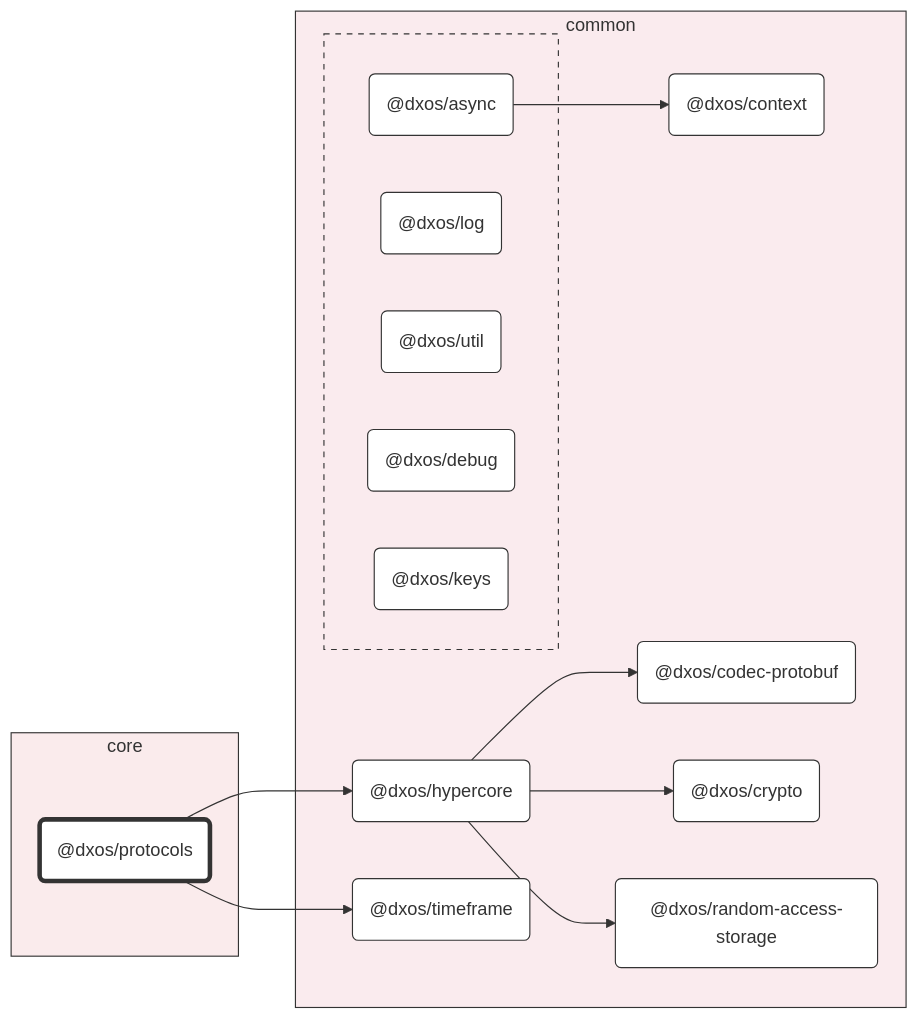
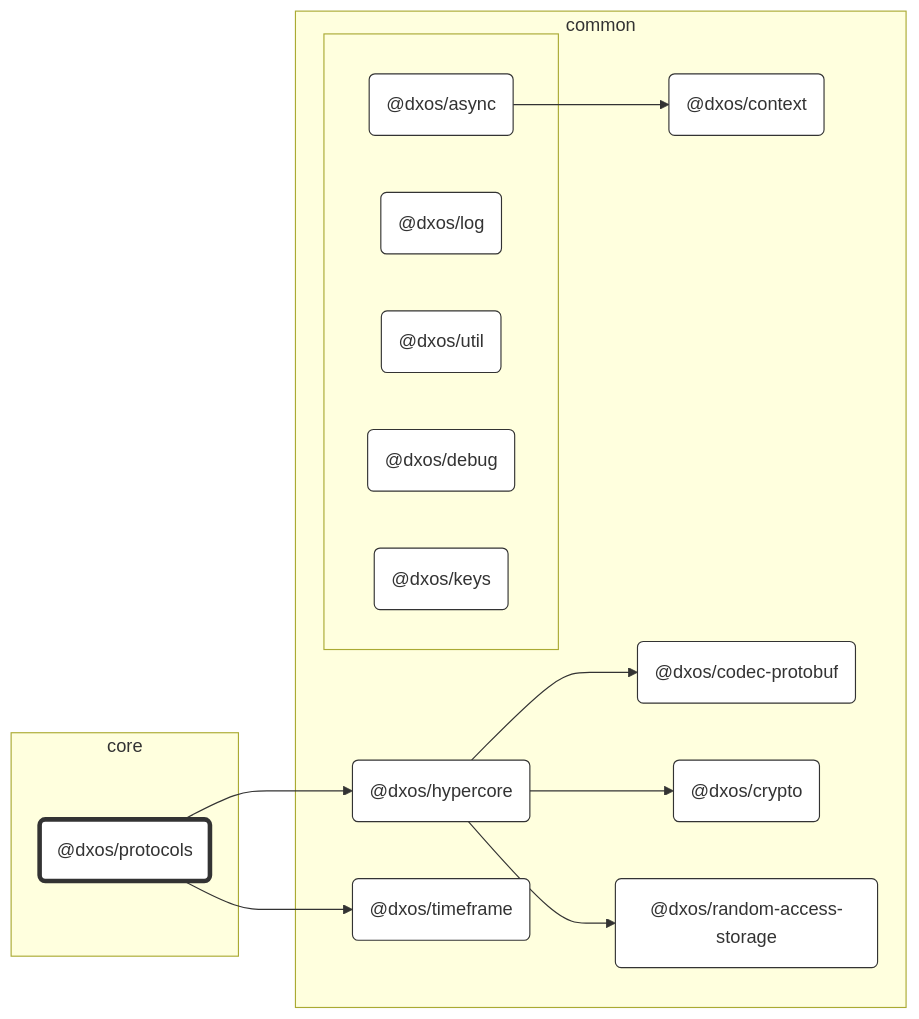
One commit to dxos/dxos changed the diagram in packages/core/protocols/docs/README.md. Above: the diagram before and after it, drawn with Mermaid. The commit also changed 80 other files, not shown here.

````diff
--- a/packages/core/protocols/docs/README.md
+++ b/packages/core/protocols/docs/README.md
@@ -7,56 +7,53 @@
 ```mermaid
 %%{ init: {'flowchart':{'curve':'basis'}} }%%
 
 flowchart LR
 
 %% Classes
 classDef def fill:#fff,stroke:#333,stroke-width:1px
 classDef root fill:#fff,stroke:#333,stroke-width:4px
 
 %% Nodes
 
 subgraph core [core]
-  style core fill:#faebec,stroke:#333
   dxos/protocols("@dxos/protocols"):::root
   click dxos/protocols "dxos/dxos/tree/main/packages/core/protocols/docs"
 end
 
 subgraph common [common]
-  style common fill:#faebee,stroke:#333
   dxos/codec-protobuf("@dxos/codec-protobuf"):::def
   click dxos/codec-protobuf "dxos/dxos/tree/main/packages/common/codec-protobuf/docs"
   dxos/context("@dxos/context"):::def
   click dxos/context "dxos/dxos/tree/main/packages/common/context/docs"
   dxos/hypercore("@dxos/hypercore"):::def
   click dxos/hypercore "dxos/dxos/tree/main/packages/common/hypercore/docs"
   dxos/crypto("@dxos/crypto"):::def
   click dxos/crypto "dxos/dxos/tree/main/packages/common/crypto/docs"
   dxos/random-access-storage("@dxos/random-access-storage"):::def
   click dxos/random-access-storage "dxos/dxos/tree/main/packages/common/random-access-storage/docs"
   dxos/timeframe("@dxos/timeframe"):::def
   click dxos/timeframe "dxos/dxos/tree/main/packages/common/timeframe/docs"
 
   subgraph _ [ ]
-    style _ fill:#faebee,stroke:#333,stroke-dasharray:5 5
     dxos/async("@dxos/async"):::def
     click dxos/async "dxos/dxos/tree/main/packages/common/async/docs"
     dxos/log("@dxos/log"):::def
     click dxos/log "dxos/dxos/tree/main/packages/common/log/docs"
     dxos/util("@dxos/util"):::def
     click dxos/util "dxos/dxos/tree/main/packages/common/util/docs"
     dxos/debug("@dxos/debug"):::def
     click dxos/debug "dxos/dxos/tree/main/packages/common/debug/docs"
     dxos/keys("@dxos/keys"):::def
     click dxos/keys "dxos/dxos/tree/main/packages/common/keys/docs"
   end
 end
 
 %% Links
 linkStyle default stroke:#333,stroke-width:1px
 dxos/async --> dxos/context
 dxos/protocols --> dxos/hypercore
 dxos/hypercore --> dxos/codec-protobuf
 dxos/hypercore --> dxos/crypto
 dxos/hypercore --> dxos/random-access-storage
 dxos/protocols --> dxos/timeframe
 ```
````
